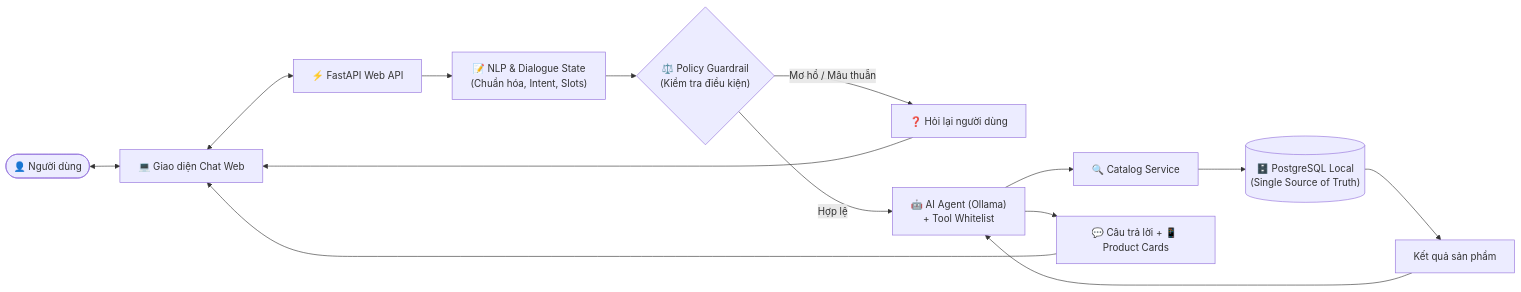
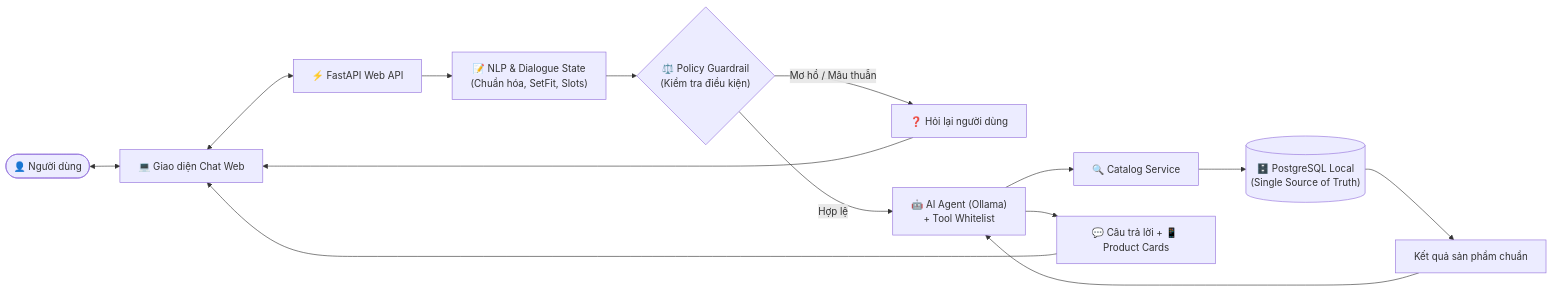
The first of 3 diagrams in docs/slide_tong_quan_de_tai.md (pdbao278/chatbot_dienthoai), drawn with Mermaid before and after one commit. The commit also changed other lines of this file and 3 other files, not shown here.

````diff
--- a/docs/slide_tong_quan_de_tai.md
+++ b/docs/slide_tong_quan_de_tai.md
@@ -37,19 +169,19 @@
 ```mermaid
 flowchart LR
     User([👤 Người dùng]) <--> UI[💻 Giao diện Chat Web]
     UI <--> API[⚡ FastAPI Web API]
-    API --> NLP["📝 NLP & Dialogue State<br/>(Chuẩn hóa, Intent, Slots)"]
+    API --> NLP["📝 NLP & Dialogue State<br/>(Chuẩn hóa, SetFit, Slots)"]
     NLP --> Policy{"⚖️ Policy Guardrail<br/>(Kiểm tra điều kiện)"}
     
     Policy -->|Mơ hồ / Mâu thuẫn| Clarify["❓ Hỏi lại người dùng"]
     Clarify --> UI
     
     Policy -->|Hợp lệ| Agent["🤖 AI Agent (Ollama)<br/>+ Tool Whitelist"]
     Agent --> Catalog["🔍 Catalog Service"]
     Catalog --> DB[("🗄️ PostgreSQL Local<br/>(Single Source of Truth)")]
     
-    DB --> Results[Kết quả sản phẩm]
+    DB --> Results[Kết quả sản phẩm chuẩn]
     Results --> Agent
     Agent --> Answer["💬 Câu trả lời + 📱 Product Cards"]
     Answer --> UI
 ```
````
